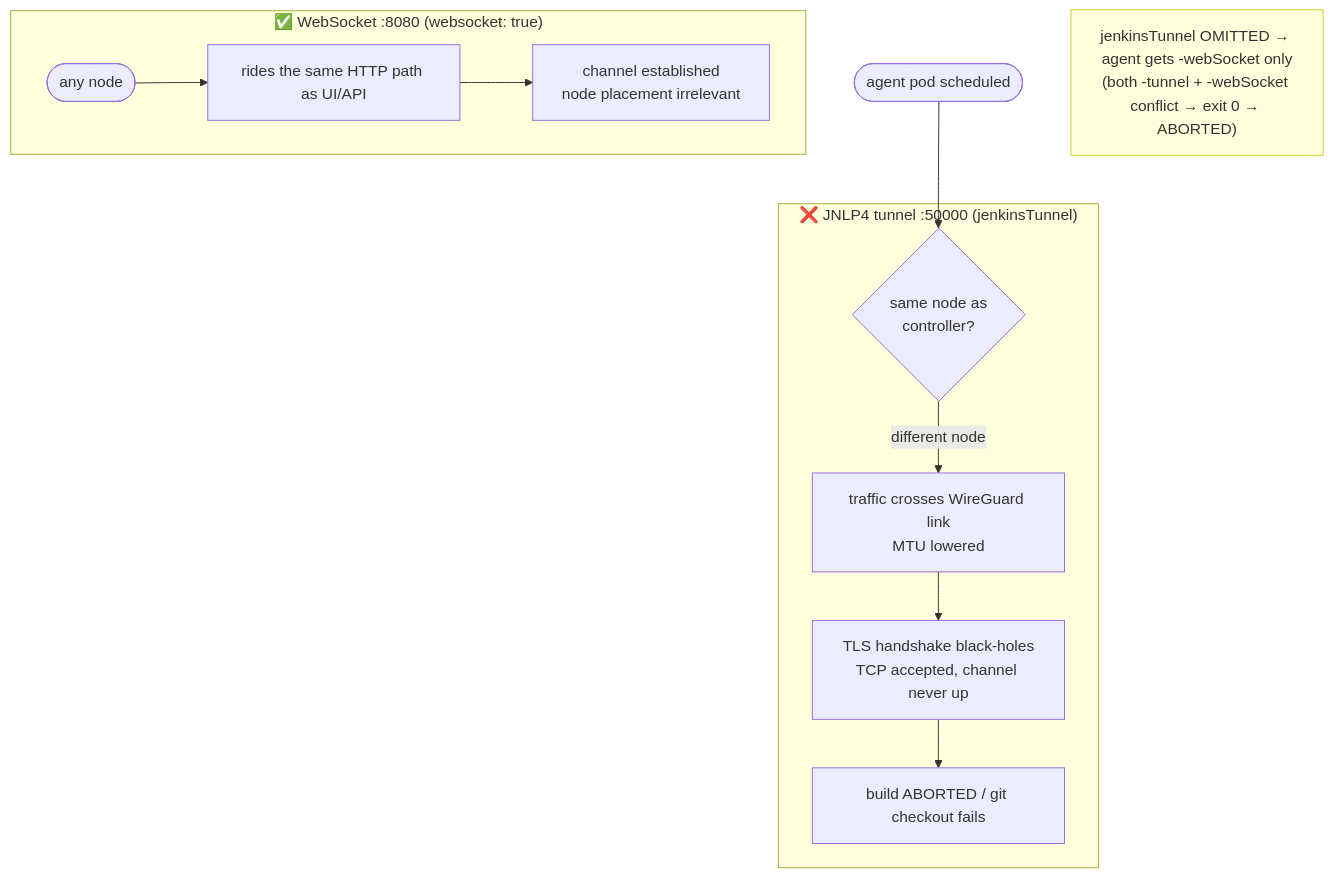
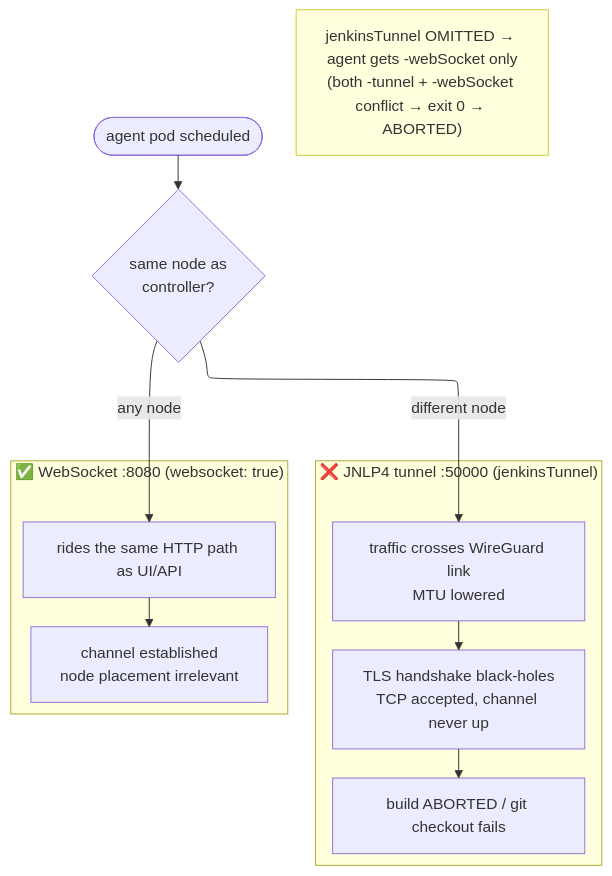
Before and after one commit to nubenetes/jenkins-2026: the seventh of 10 diagrams in docs/401-JENKINS.md, drawn with Mermaid. The commit also changed other lines of this file and 14 other files, not shown here.

First line of the commit message:
docs(diagrams): repo-wide mermaid audit — fix 14 rendering defects + flagship improvements

````diff
--- a/docs/401-JENKINS.md
+++ b/docs/401-JENKINS.md
@@ -386,15 +390,24 @@
 ```mermaid
+---
+config:
+  layout: elk
+---
 flowchart TB
   start([agent pod scheduled]) --> where{same node as<br/>controller?}
   subgraph jnlp["❌ JNLP4 tunnel :50000 (jenkinsTunnel)"]
-    where -->|different node| wg[traffic crosses WireGuard link<br/>MTU lowered]
-    wg --> bh["TLS handshake black-holes<br/>TCP accepted, channel never up"]
-    bh --> abort[build ABORTED / git checkout fails]
+    wg[traffic crosses WireGuard link<br/>MTU lowered]
+    bh["TLS handshake black-holes<br/>TCP accepted, channel never up"]
+    abort[build ABORTED / git checkout fails]
   end
   subgraph ws["✅ WebSocket :8080 (websocket: true)"]
-    where2([any node]) --> http[rides the same HTTP path as UI/API]
-    http --> ok[channel established<br/>node placement irrelevant]
+    http[rides the same HTTP path as UI/API]
+    ok[channel established<br/>node placement irrelevant]
   end
+  where -->|different node| wg
+  wg --> bh
+  bh --> abort
+  where -->|any node| http
+  http --> ok
   note["jenkinsTunnel OMITTED → agent gets -webSocket only<br/>(both -tunnel + -webSocket conflict → exit 0 → ABORTED)"]:::n
   classDef n fill:#ffd,stroke:#cc3;
 ```
````
